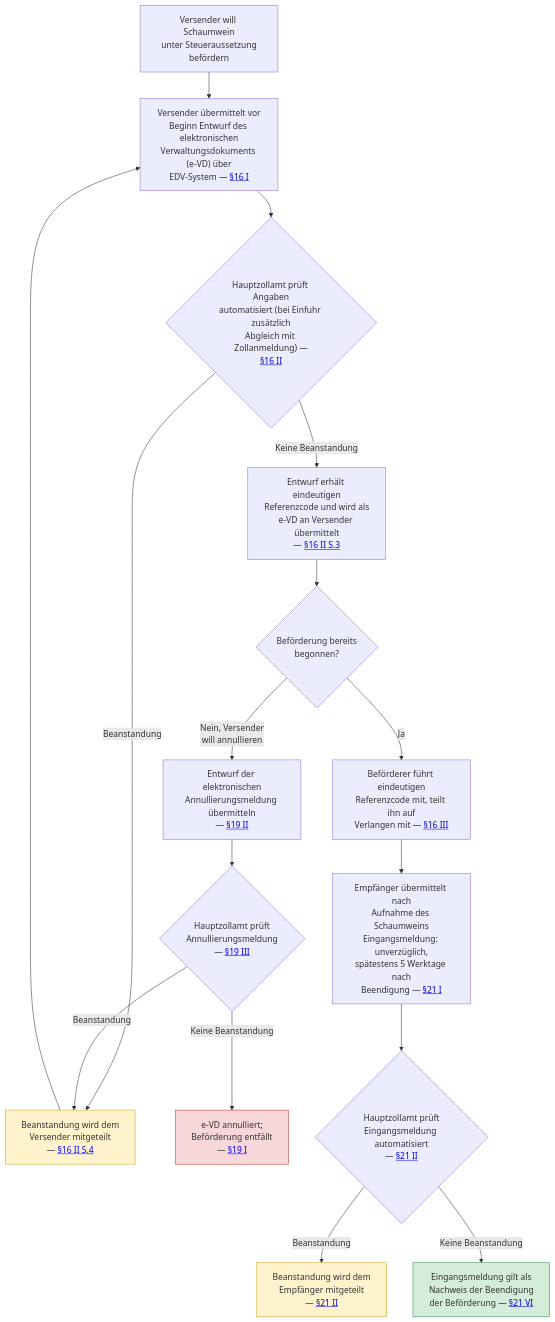
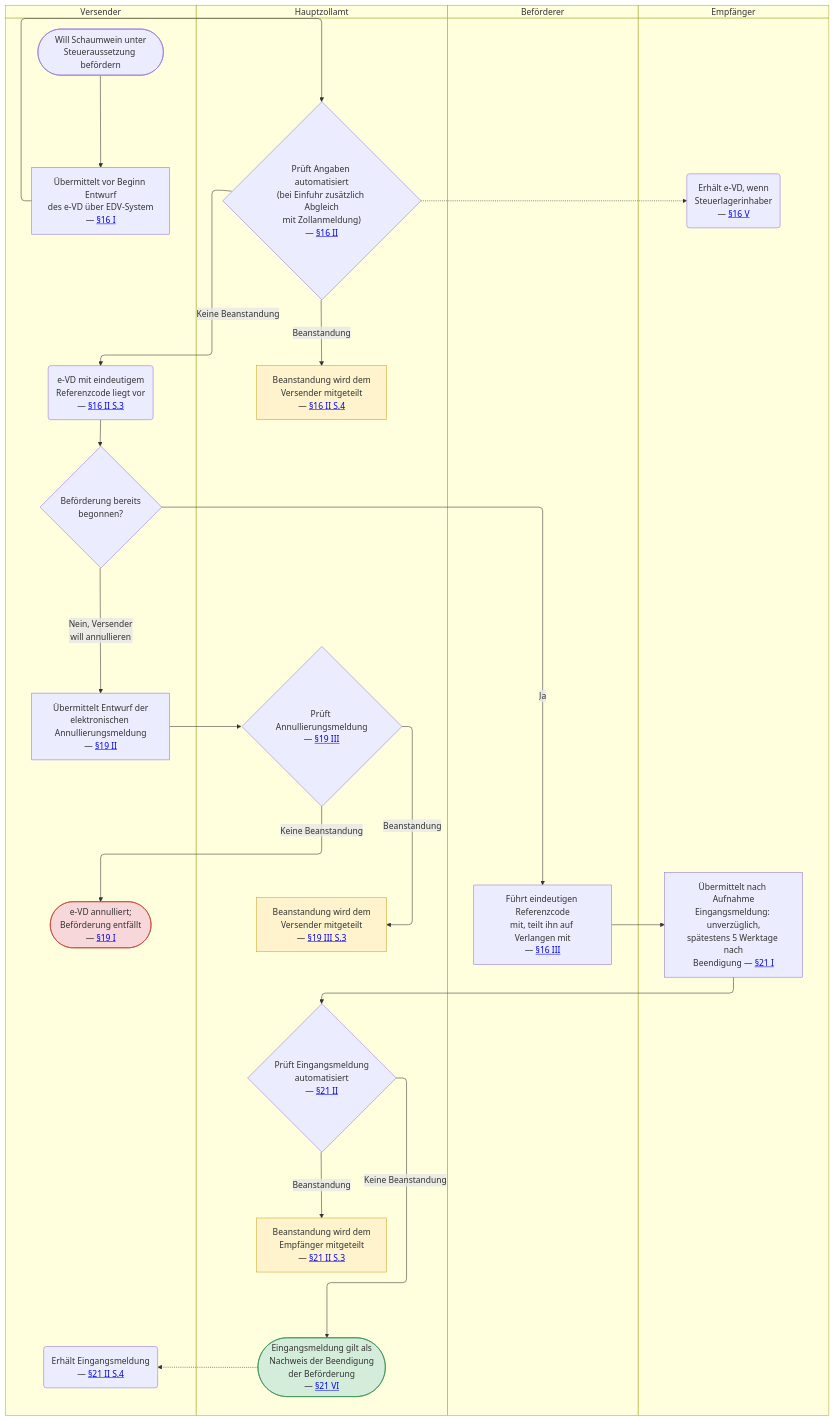
The diagram in src/content/ki-visualisierungen/SchaumwZwStV/befoerderung_evd.mmd (digitalservicebund/zfl-website), drawn with Mermaid before and after one commit. The commit also changed 11 other files, not shown here.

```diff
--- a/src/content/ki-visualisierungen/SchaumwZwStV/befoerderung_evd.mmd
+++ b/src/content/ki-visualisierungen/SchaumwZwStV/befoerderung_evd.mmd
@@ -1,33 +1,57 @@
 ---
-summary: "Zeigt den regulären Ablauf der Beförderung von Schaumwein unter Steueraussetzung mittels elektronischem Verwaltungsdokument (e-VD), von der Übermittlung des Entwurfs über die Prüfung durch das Hauptzollamt bis zur Eingangsmeldung des Empfängers."
+summary: "Zeigt den regulären Ablauf der Beförderung von Schaumwein unter Steueraussetzung mittels elektronischem Verwaltungsdokument (e-VD) und die Aufgaben von Versender, Hauptzollamt, Beförderer und Empfänger, von der Übermittlung des Entwurfs bis zur Eingangsmeldung."
 ---
-flowchart TD
-    A["Versender will Schaumwein<br/>unter Steueraussetzung<br/>befördern"] --> B["Versender übermittelt vor<br/>Beginn Entwurf des elektronischen<br/>Verwaltungsdokuments (e-VD) über<br/>EDV-System — <a href='{{ELI}}#art-z16_abs-z1' target='_blank' rel='noopener'>§16 I</a>"]
+swimlane-beta TD
+    subgraph VS["Versender"]
+        start(["Will Schaumwein unter<br/>Steueraussetzung befördern"])
+        entwurf["Übermittelt vor Beginn Entwurf<br/>des e-VD über EDV-System<br/>— <a href='{{ELI}}#art-z16_abs-z1' target='_blank' rel='noopener'>§16 I</a>"]
+        evdErhalten("e-VD mit eindeutigem<br/>Referenzcode liegt vor<br/>— <a href='{{ELI}}#art-z16_abs-z2' target='_blank' rel='noopener'>§16 II S.3</a>")
+        begonnen{"Beförderung bereits<br/>begonnen?"}
+        annullierung["Übermittelt Entwurf der<br/>elektronischen Annullierungsmeldung<br/>— <a href='{{ELI}}#art-z19_abs-z2' target='_blank' rel='noopener'>§19 II</a>"]
+        annulliert(["e-VD annulliert;<br/>Beförderung entfällt<br/>— <a href='{{ELI}}#art-z19_abs-z1' target='_blank' rel='noopener'>§19 I</a>"])
+        eingangVS("Erhält Eingangsmeldung<br/>— <a href='{{ELI}}#art-z21_abs-z2' target='_blank' rel='noopener'>§21 II S.4</a>")
+    end
 
-    B --> C{"Hauptzollamt prüft Angaben<br/>automatisiert (bei Einfuhr zusätzlich<br/>Abgleich mit Zollanmeldung) —<br/><a href='{{ELI}}#art-z16_abs-z2' target='_blank' rel='noopener'>§16 II</a>"}
+    subgraph HZA["Hauptzollamt"]
+        pruefungEntwurf{"Prüft Angaben automatisiert<br/>(bei Einfuhr zusätzlich Abgleich<br/>mit Zollanmeldung)<br/>— <a href='{{ELI}}#art-z16_abs-z2' target='_blank' rel='noopener'>§16 II</a>"}
+        beanstandungVS["Beanstandung wird dem<br/>Versender mitgeteilt<br/>— <a href='{{ELI}}#art-z16_abs-z2' target='_blank' rel='noopener'>§16 II S.4</a>"]
+        beanstandungAnn["Beanstandung wird dem<br/>Versender mitgeteilt<br/>— <a href='{{ELI}}#art-z19_abs-z3' target='_blank' rel='noopener'>§19 III S.3</a>"]
+        pruefungAnnullierung{"Prüft Annullierungsmeldung<br/>— <a href='{{ELI}}#art-z19_abs-z3' target='_blank' rel='noopener'>§19 III</a>"}
+        pruefungEingang{"Prüft Eingangsmeldung<br/>automatisiert<br/>— <a href='{{ELI}}#art-z21_abs-z2' target='_blank' rel='noopener'>§21 II</a>"}
+        beanstandungEM["Beanstandung wird dem<br/>Empfänger mitgeteilt<br/>— <a href='{{ELI}}#art-z21_abs-z2' target='_blank' rel='noopener'>§21 II S.3</a>"]
+        nachweis(["Eingangsmeldung gilt als<br/>Nachweis der Beendigung<br/>der Beförderung<br/>— <a href='{{ELI}}#art-z21_abs-z6' target='_blank' rel='noopener'>§21 VI</a>"])
+    end
 
-    C -->|Beanstandung| D["Beanstandung wird dem<br/>Versender mitgeteilt<br/>— <a href='{{ELI}}#art-z16_abs-z2' target='_blank' rel='noopener'>§16 II S.4</a>"]
-    D --> B
+    subgraph BF["Beförderer"]
+        referenzcode["Führt eindeutigen Referenzcode<br/>mit, teilt ihn auf Verlangen mit<br/>— <a href='{{ELI}}#art-z16_abs-z3' target='_blank' rel='noopener'>§16 III</a>"]
+    end
 
-    C -->|Keine Beanstandung| E["Entwurf erhält eindeutigen<br/>Referenzcode und wird als<br/>e-VD an Versender übermittelt<br/>— <a href='{{ELI}}#art-z16_abs-z2' target='_blank' rel='noopener'>§16 II S.3</a>"]
+    subgraph EM["Empfänger"]
+        evdEM("Erhält e-VD, wenn<br/>Steuerlagerinhaber<br/>— <a href='{{ELI}}#art-z16_abs-z5' target='_blank' rel='noopener'>§16 V</a>")
+        eingangsmeldung["Übermittelt nach Aufnahme<br/>Eingangsmeldung: unverzüglich,<br/>spätestens 5 Werktage nach<br/>Beendigung — <a href='{{ELI}}#art-z21_abs-z1' target='_blank' rel='noopener'>§21 I</a>"]
+    end
 
-    E --> F{"Beförderung bereits<br/>begonnen?"}
-    F -->|Nein, Versender<br/>will annullieren| G["Entwurf der elektronischen<br/>Annullierungsmeldung übermitteln<br/>— <a href='{{ELI}}#art-z19_abs-z2' target='_blank' rel='noopener'>§19 II</a>"]
+    start --> entwurf
+    entwurf --> pruefungEntwurf
+    pruefungEntwurf -->|Beanstandung| beanstandungVS
+    pruefungEntwurf -->|Keine Beanstandung| evdErhalten
+    pruefungEntwurf -.-> evdEM
+    evdErhalten --> begonnen
+    begonnen -->|"Nein, Versender<br/>will annullieren"| annullierung
+    annullierung --> pruefungAnnullierung
+    pruefungAnnullierung -->|Beanstandung| beanstandungAnn
+    pruefungAnnullierung -->|Keine Beanstandung| annulliert
+    begonnen -->|Ja| referenzcode
+    referenzcode --> eingangsmeldung
+    eingangsmeldung --> pruefungEingang
+    pruefungEingang -->|Beanstandung| beanstandungEM
+    pruefungEingang -->|Keine Beanstandung| nachweis
+    nachweis -.-> eingangVS
+    annulliert ~~~ referenzcode
+    beanstandungEM ~~~ nachweis
 
-    G --> H{"Hauptzollamt prüft<br/>Annullierungsmeldung<br/>— <a href='{{ELI}}#art-z19_abs-z3' target='_blank' rel='noopener'>§19 III</a>"}
-    H -->|Beanstandung| D
-    H -->|Keine Beanstandung| ANNULLIERT["e-VD annulliert;<br/>Beförderung entfällt<br/>— <a href='{{ELI}}#art-z19_abs-z1' target='_blank' rel='noopener'>§19 I</a>"]
-
-    F -->|Ja| I["Beförderer führt eindeutigen<br/>Referenzcode mit, teilt ihn auf<br/>Verlangen mit — <a href='{{ELI}}#art-z16_abs-z3' target='_blank' rel='noopener'>§16 III</a>"]
-
-    I --> J["Empfänger übermittelt nach<br/>Aufnahme des Schaumweins<br/>Eingangsmeldung: unverzüglich,<br/>spätestens 5 Werktage nach<br/>Beendigung — <a href='{{ELI}}#art-z21_abs-z1' target='_blank' rel='noopener'>§21 I</a>"]
-
-    J --> K{"Hauptzollamt prüft<br/>Eingangsmeldung automatisiert<br/>— <a href='{{ELI}}#art-z21_abs-z2' target='_blank' rel='noopener'>§21 II</a>"}
-
-    K -->|Beanstandung| L["Beanstandung wird dem<br/>Empfänger mitgeteilt<br/>— <a href='{{ELI}}#art-z21_abs-z2' target='_blank' rel='noopener'>§21 II</a>"]
-    K -->|Keine Beanstandung| M["Eingangsmeldung gilt als<br/>Nachweis der Beendigung<br/>der Beförderung — <a href='{{ELI}}#art-z21_abs-z6' target='_blank' rel='noopener'>§21 VI</a>"]
-
-    style M fill:#d4edda,stroke:#2d8a4a
-    style ANNULLIERT fill:#f8d7da,stroke:#c0392b
-    style D fill:#fff3cd,stroke:#c9a227
-    style L fill:#fff3cd,stroke:#c9a227
+    style nachweis fill:#d4edda,stroke:#2d8a4a
+    style annulliert fill:#f8d7da,stroke:#c0392b
+    style beanstandungVS fill:#fff3cd,stroke:#c9a227
+    style beanstandungEM fill:#fff3cd,stroke:#c9a227
+    style beanstandungAnn fill:#fff3cd,stroke:#c9a227
```
